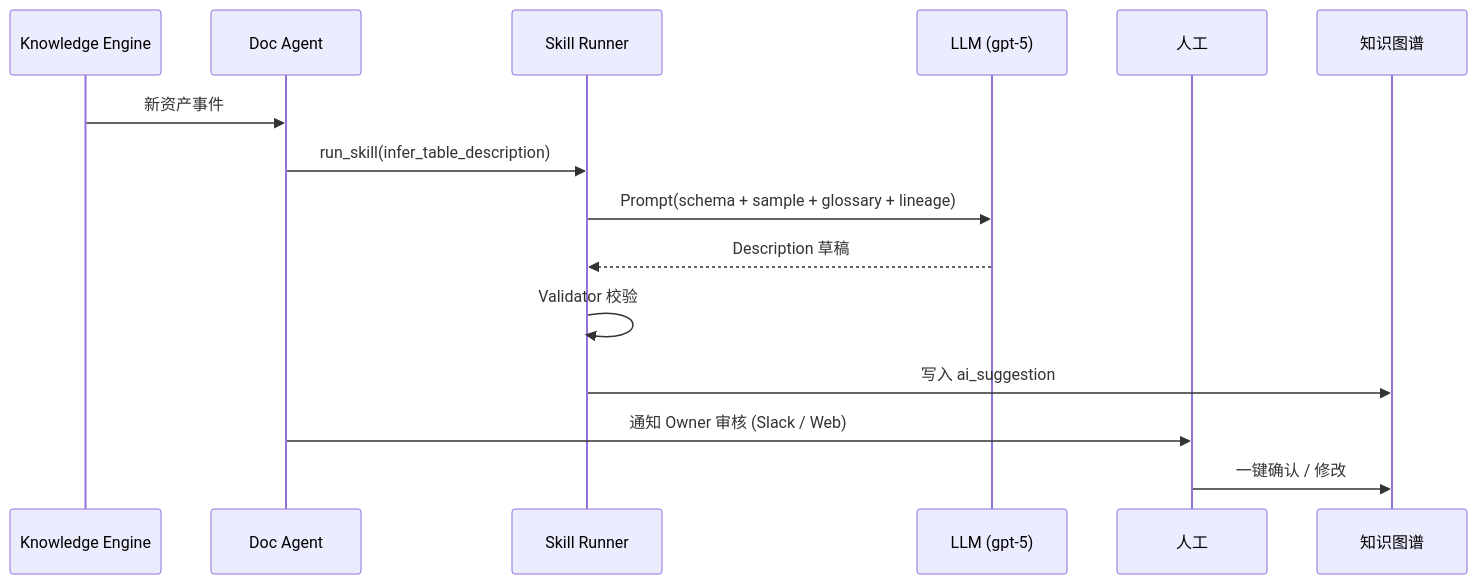
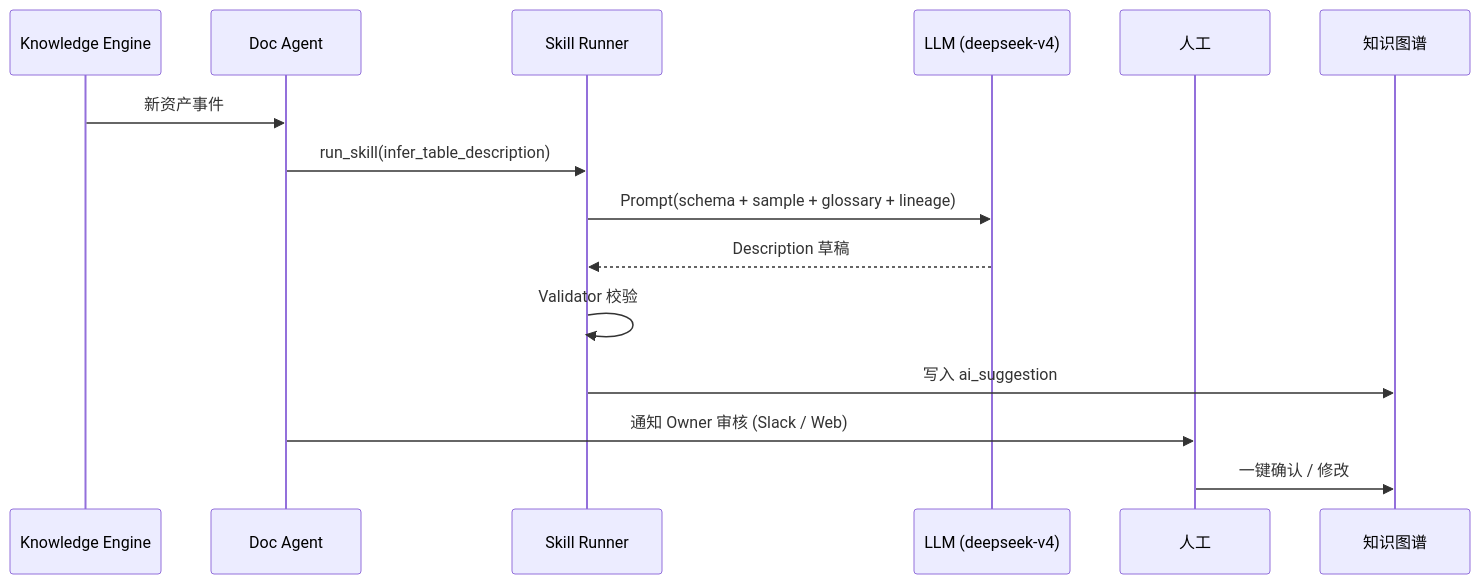
Before and after one commit to gavenlv/idm: the third of 10 diagrams in docs/design/ai-driven-design.md, drawn with Mermaid. The commit also changed other lines of this file and 140 other files, not shown here.

````diff
--- a/docs/design/ai-driven-design.md
+++ b/docs/design/ai-driven-design.md
@@ -141,18 +141,18 @@
 ```mermaid
 sequenceDiagram
     participant KE as Knowledge Engine
     participant A as Doc Agent
     participant SK as Skill Runner
-    participant L as LLM (gpt-5)
+    participant L as LLM (deepseek-v4)
     participant H as 人工
     participant KG as 知识图谱
 
     KE->>A: 新资产事件
     A->>SK: run_skill(infer_table_description)
     SK->>L: Prompt(schema + sample + glossary + lineage)
     L-->>SK: Description 草稿
     SK->>SK: Validator 校验
     SK->>KG: 写入 ai_suggestion
     A->>H: 通知 Owner 审核 (Slack / Web)
     H->>KG: 一键确认 / 修改
 ```
````
